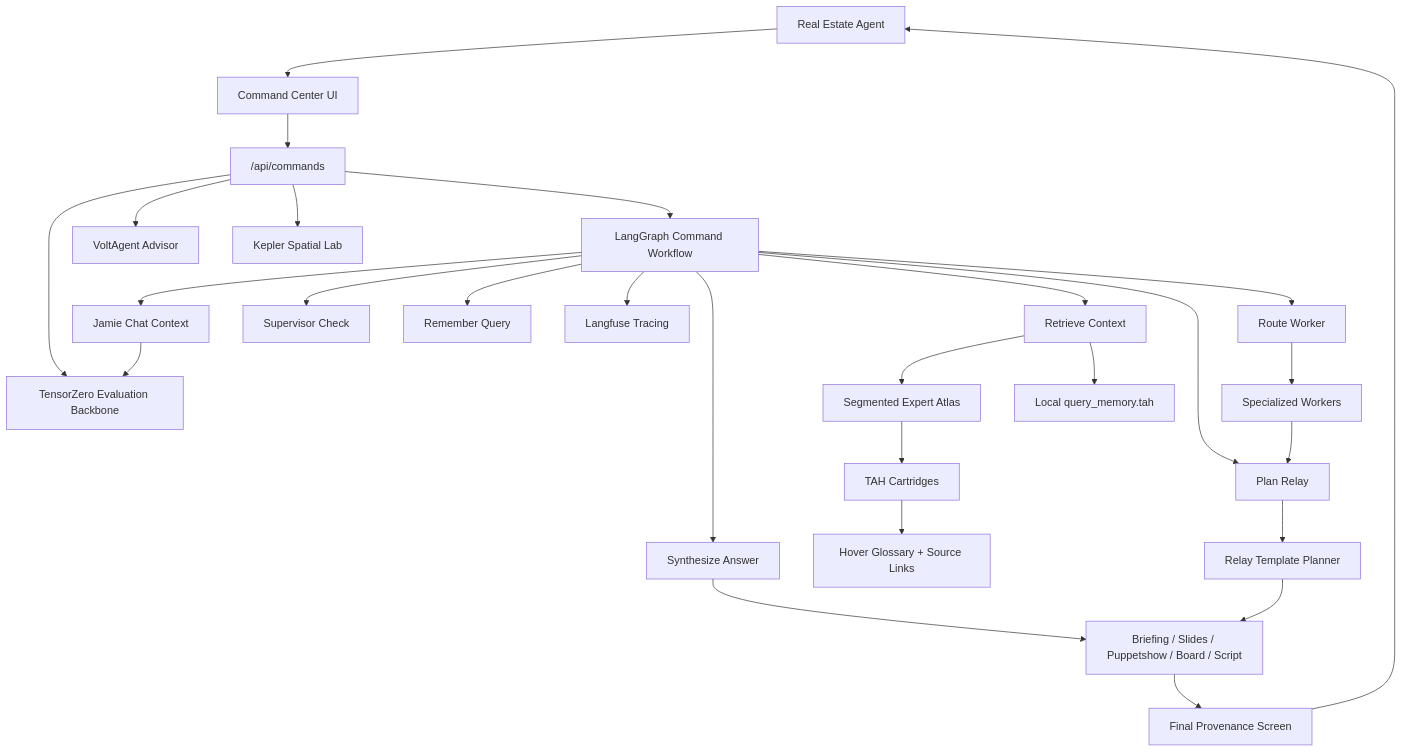
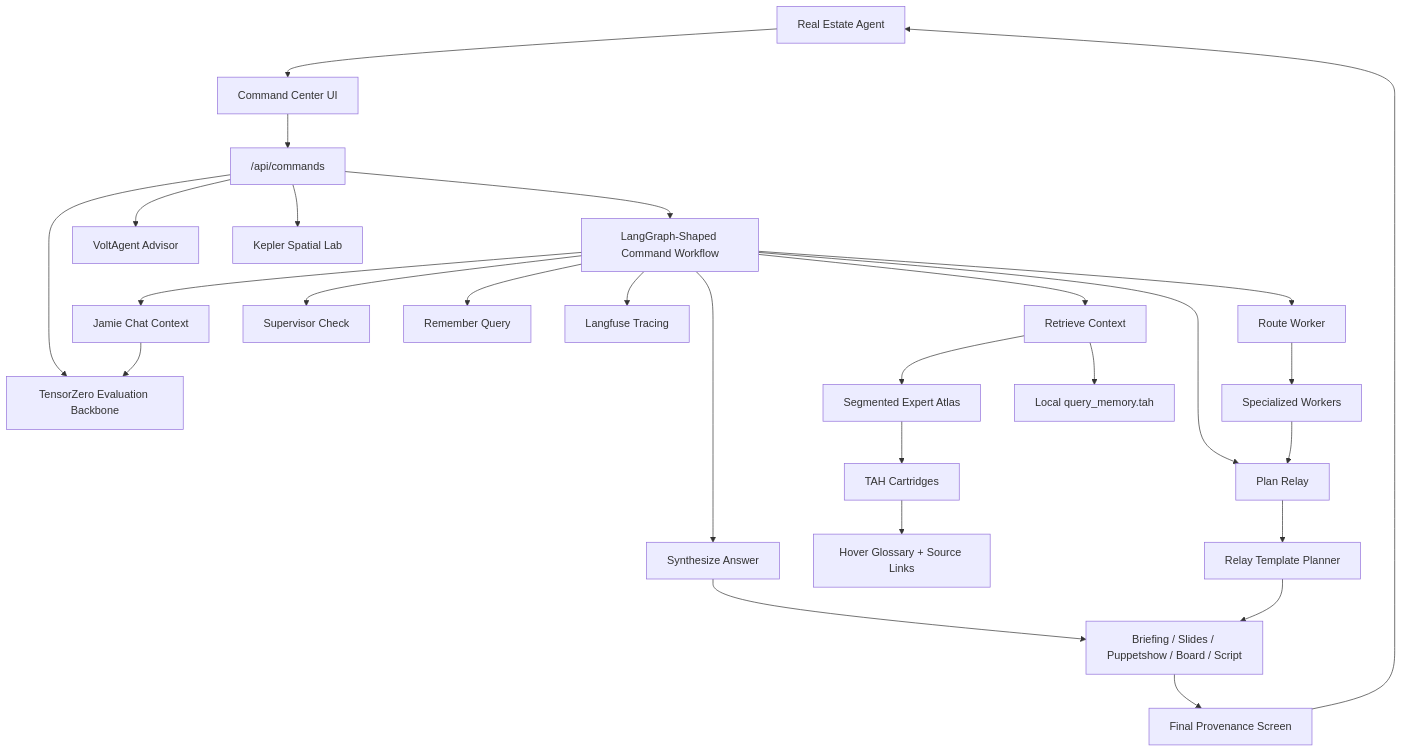
Before and after one commit to tahsrz/sunset-pulse: the diagram in README.md, drawn with Mermaid. The commit also changed other lines of this file and 2 other files, not shown here.

````diff
--- a/README.md
+++ b/README.md
@@ -82,29 +84,29 @@
 ```mermaid
 flowchart TD
   Agent["Real Estate Agent"] --> UI["Command Center UI"]
   UI --> API["/api/commands"]
-  API --> Graph["LangGraph Command Workflow"]
+  API --> Graph["LangGraph-Shaped Command Workflow"]
   Graph --> Route["Route Worker"]
   Graph --> Retrieve["Retrieve Context"]
   Graph --> Plan["Plan Relay"]
   Graph --> Synthesize["Synthesize Answer"]
   Graph --> Supervise["Supervisor Check"]
   Graph --> Remember["Remember Query"]
   Graph --> Observe["Langfuse Tracing"]
   API --> TZero["TensorZero Evaluation Backbone"]
   API --> Volt["VoltAgent Advisor"]
   API --> Kepler["Kepler Spatial Lab"]
   Route --> Workers["Specialized Workers"]
   Retrieve --> Atlas["Segmented Expert Atlas"]
   Retrieve --> Memory["Local query_memory.tah"]
   Graph --> Jamie["Jamie Chat Context"]
   Jamie --> TZero
   Atlas --> TAH["TAH Cartridges"]
   TAH --> Glossary["Hover Glossary + Source Links"]
   Workers --> Plan
   Plan --> Relay["Relay Template Planner"]
   Synthesize --> Output["Briefing / Slides / Puppetshow / Board / Script"]
   Relay --> Output
   Output --> Final["Final Provenance Screen"]
   Final --> Agent
 ```
````
